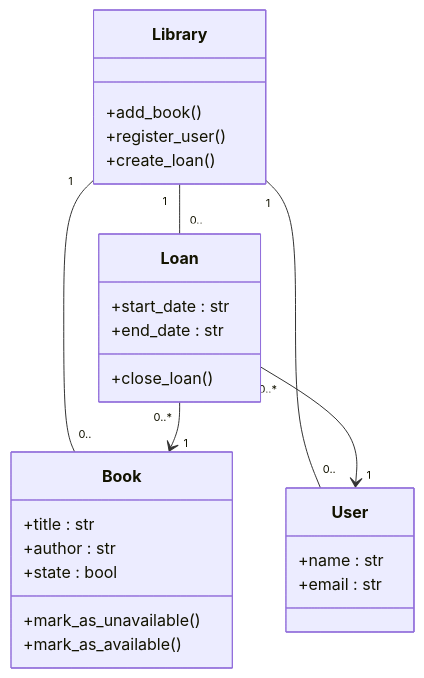
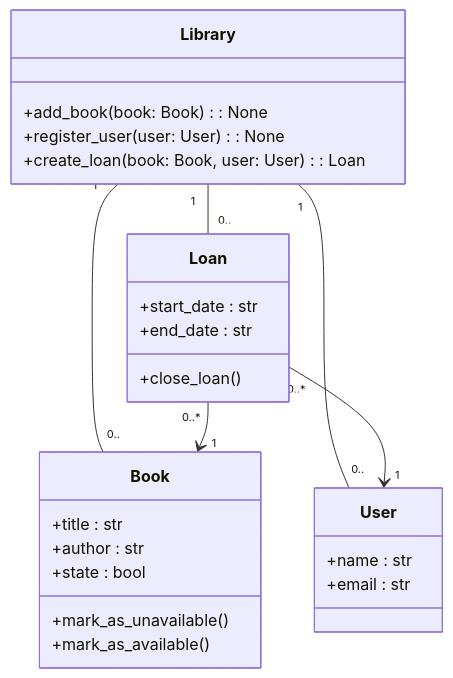
Before and after one commit to EvaGLN/holbertonschool-sw_design_architecture: the diagram in uml_intro/0-class_diagram.mmd, drawn with Mermaid.

Commit message:
Fix: checker is broken, point missing stuffs that are here but that are considaretad as errors...

```diff
--- a/uml_intro/0-class_diagram.mmd
+++ b/uml_intro/0-class_diagram.mmd
@@ -1,27 +1,27 @@
 classDiagram
     Library "1" -- "0.." Book
     Library "1" -- "0.." User
     Library "1" -- "0.." Loan
     Loan "0..*" --> "1" Book
     Loan "0..*" --> "1" User
     class Library{
-        +add_book()
-        +register_user()
-        +create_loan()
+        +add_book(book: Book): None
+        +register_user(user: User): None
+        +create_loan(book: Book, user: User): Loan
     }
     class Book{
         +title : str
         +author : str
         +state : bool
         +mark_as_unavailable()
         +mark_as_available()
     }
     class User{
         +name : str
         +email : str
     }
     class Loan{
         +start_date : str
         +end_date : str
         +close_loan()
     }
```
